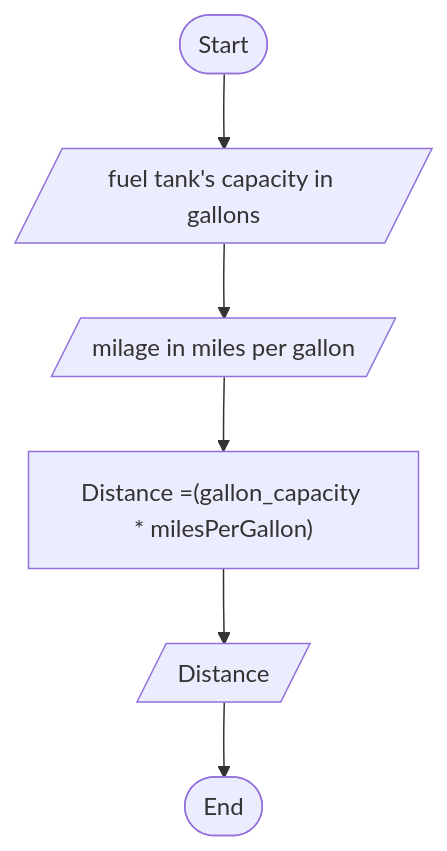
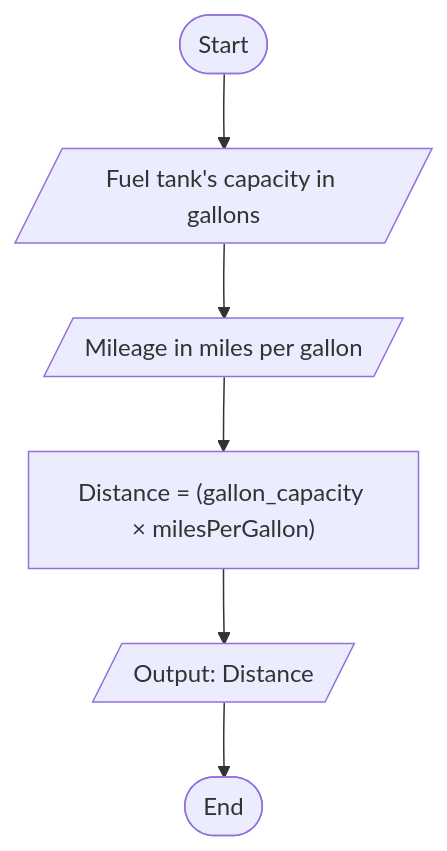
One commit to SWEG-2016EC-Batch/System32 changed the diagram in ETS1200_Ruth_Demessew/Miles_driven.md. Above: the diagram before and after it, drawn with Mermaid. The commit also changed other lines of this file, not shown here.

Commit message:
Miles_driven.md

````diff
--- a/ETS1200_Ruth_Demessew/Miles_driven.md
+++ b/ETS1200_Ruth_Demessew/Miles_driven.md
@@ -25,8 +33,8 @@
-``` mermaid
-flowchart 
-id1([Start])-->id2[/fuel tank's capacity in gallons/]
-id2-->id3[/milage in miles per gallon/]
-id3-->id4["Distance =(gallon_capacity * milesPerGallon)"]
-id4-->id5[/Distance/]
-id5-->id6([End])
+```mermaid
+flowchart TD
+    id1([Start]) --> id2[/Fuel tank's capacity in gallons/]
+    id2 --> id3[/Mileage in miles per gallon/]
+    id3 --> id4["Distance = (gallon_capacity × milesPerGallon)"]
+    id4 --> id5[/Output: Distance/]
+    id5 --> id6([End])
 ```
````
